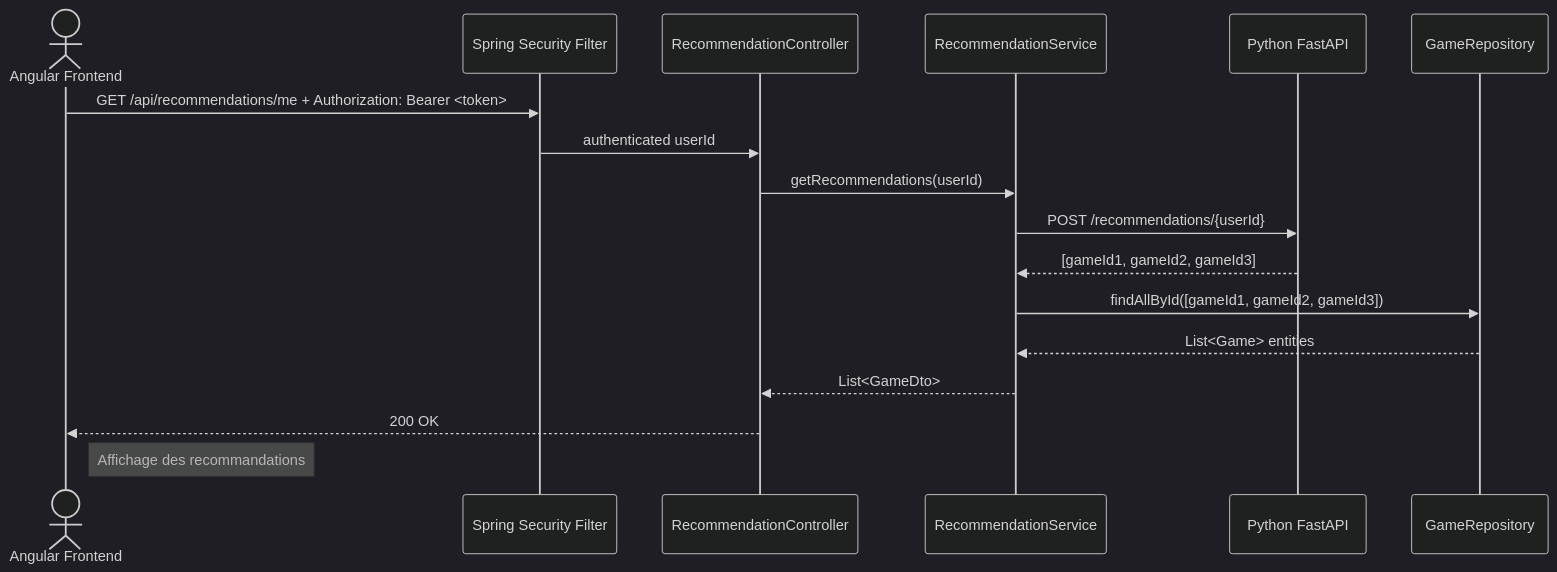
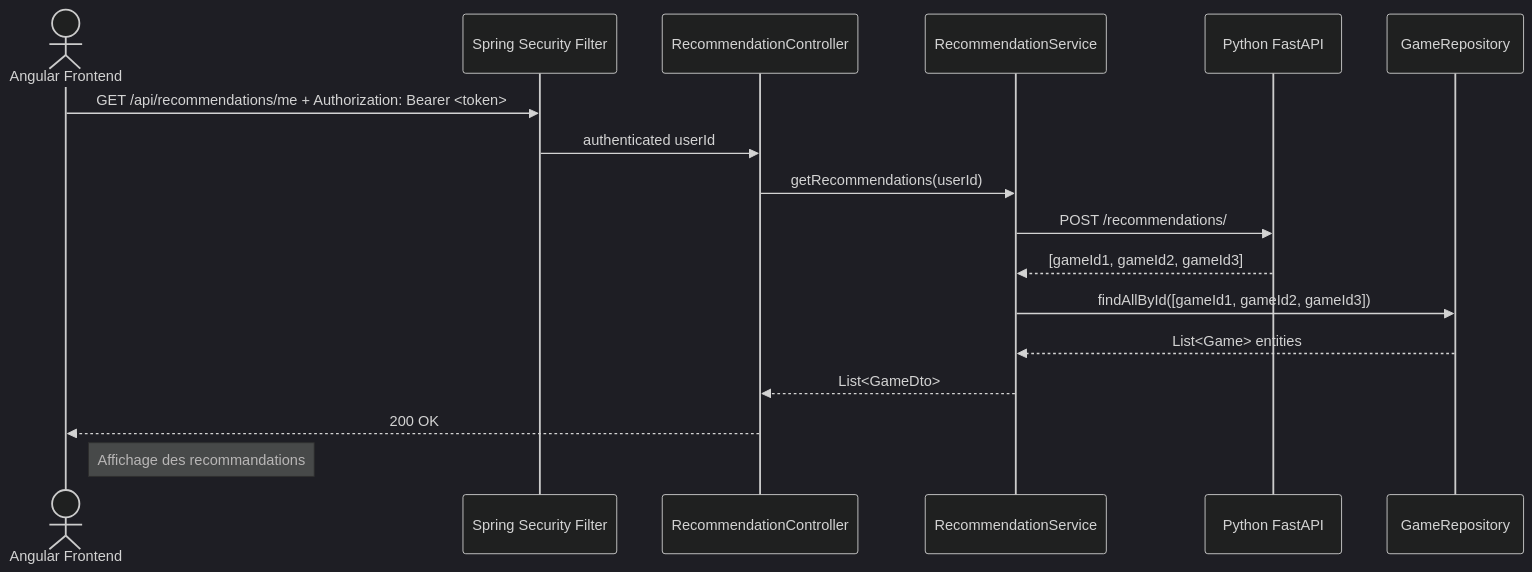
Before and after one commit to Twyntz/games-up: the diagram in docs/sequence-diagram.md, drawn with Mermaid (dark theme). The commit also changed 21 other files, not shown here.

````diff
--- a/docs/sequence-diagram.md
+++ b/docs/sequence-diagram.md
@@ -1,20 +1,20 @@
 ```mermaid
 sequenceDiagram
     actor UI as Angular Frontend
     participant Auth as Spring Security Filter
     participant Controller as RecommendationController
     participant Service as RecommendationService
     participant ML as Python FastAPI
     participant RepoGame as GameRepository
 
     UI->>Auth: GET /api/recommendations/me + Authorization: Bearer <token>
     Auth->>Controller: authenticated userId
     Controller->>Service: getRecommendations(userId)
-    Service->>ML: POST /recommendations/{userId}
+    Service->>ML: POST /recommendations/
     ML-->>Service: [gameId1, gameId2, gameId3]
     Service->>RepoGame: findAllById([gameId1, gameId2, gameId3])
     RepoGame-->>Service: List<Game> entities
     Service-->>Controller: List<GameDto>
     Controller-->>UI: 200 OK
     note right of UI: Affichage des recommandations
 ```
````
